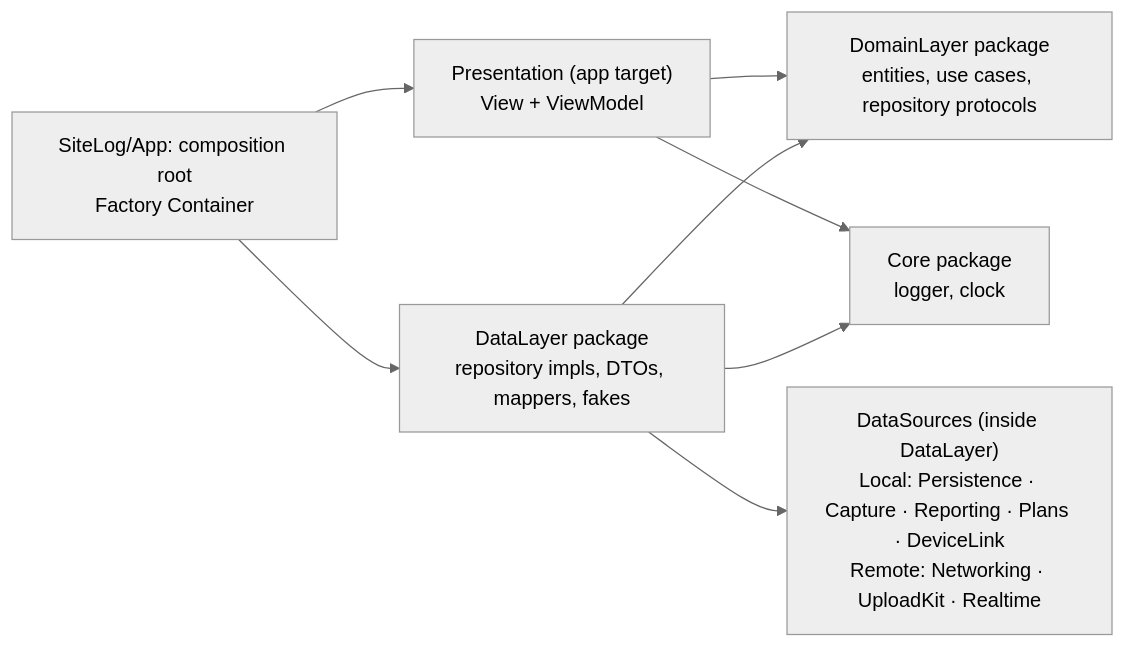
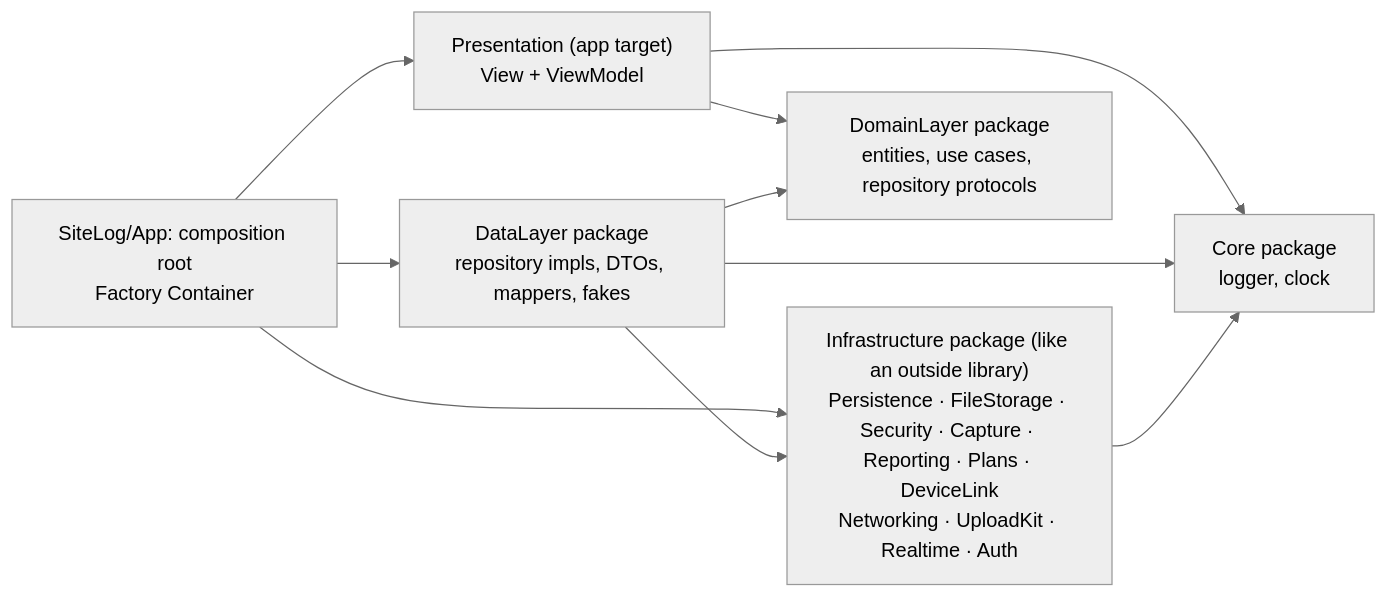
Before and after one commit to DAMHONGDUC/site-log-ios: the diagram in docs/feature-docs/00-overview.md, drawn with Mermaid (neutral theme). The commit also changed other lines of this file and 15 other files, not shown here.

First line of the commit message:
docs: architecture - Infrastructure as a library package (D10)

````diff
--- a/docs/feature-docs/00-overview.md
+++ b/docs/feature-docs/00-overview.md
@@ -216,10 +217,12 @@
 ```mermaid
 flowchart LR
     App["SiteLog/App: composition root<br/>Factory Container"] --> P["Presentation (app target)<br/>View + ViewModel"]
     App --> Data["DataLayer package<br/>repository impls, DTOs, mappers, fakes"]
+    App --> I
     P --> D["DomainLayer package<br/>entities, use cases, repository protocols"]
     Data --> D
-    Data --> DS["DataSources (inside DataLayer)<br/>Local: Persistence · Capture · Reporting · Plans · DeviceLink<br/>Remote: Networking · UploadKit · Realtime"]
+    Data --> I["Infrastructure package (like an outside library)<br/>Persistence · FileStorage · Security · Capture · Reporting · Plans · DeviceLink<br/>Networking · UploadKit · Realtime · Auth"]
     P --> C["Core package<br/>logger, clock"]
     Data --> C
+    I --> C
 ```
````
